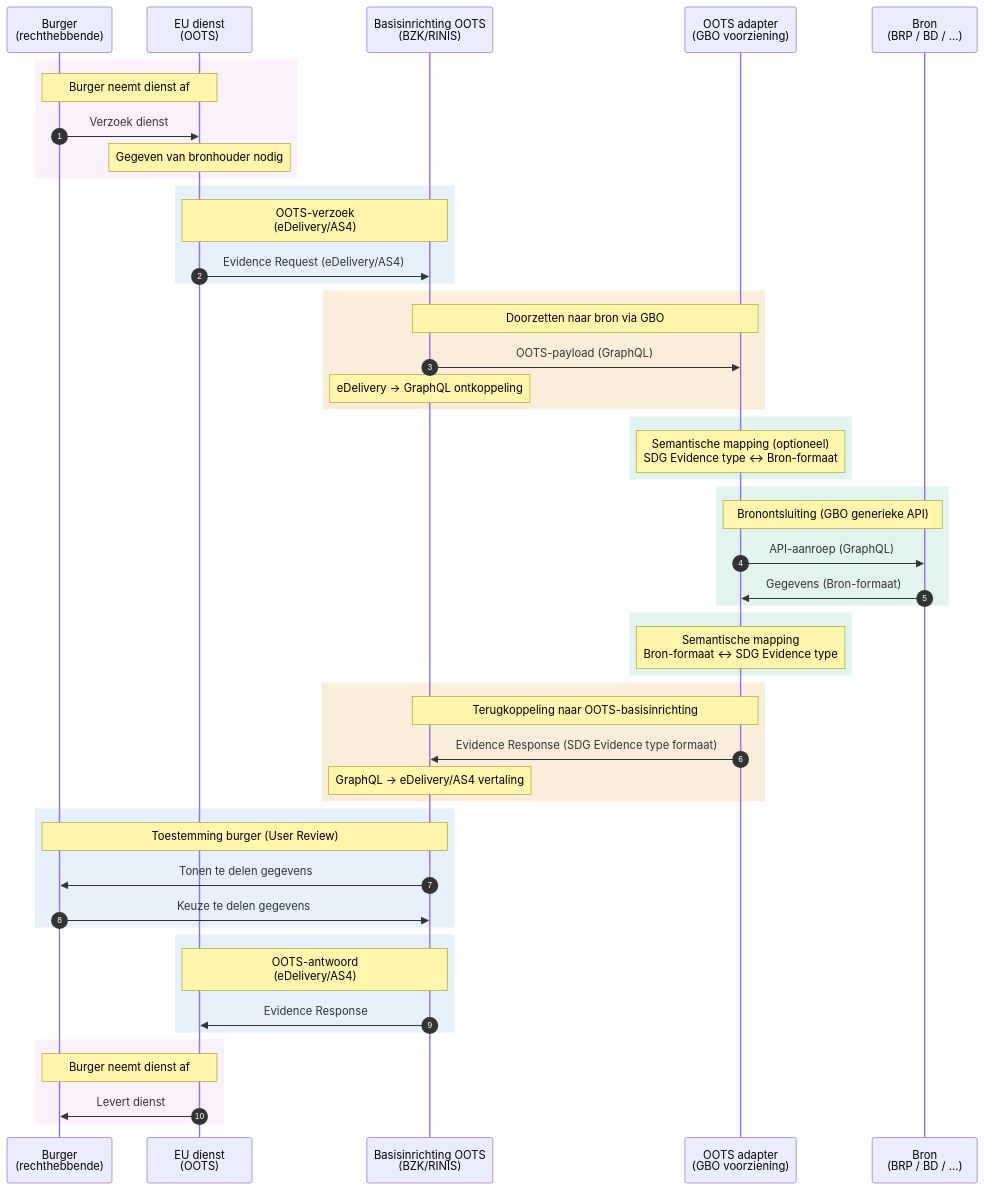
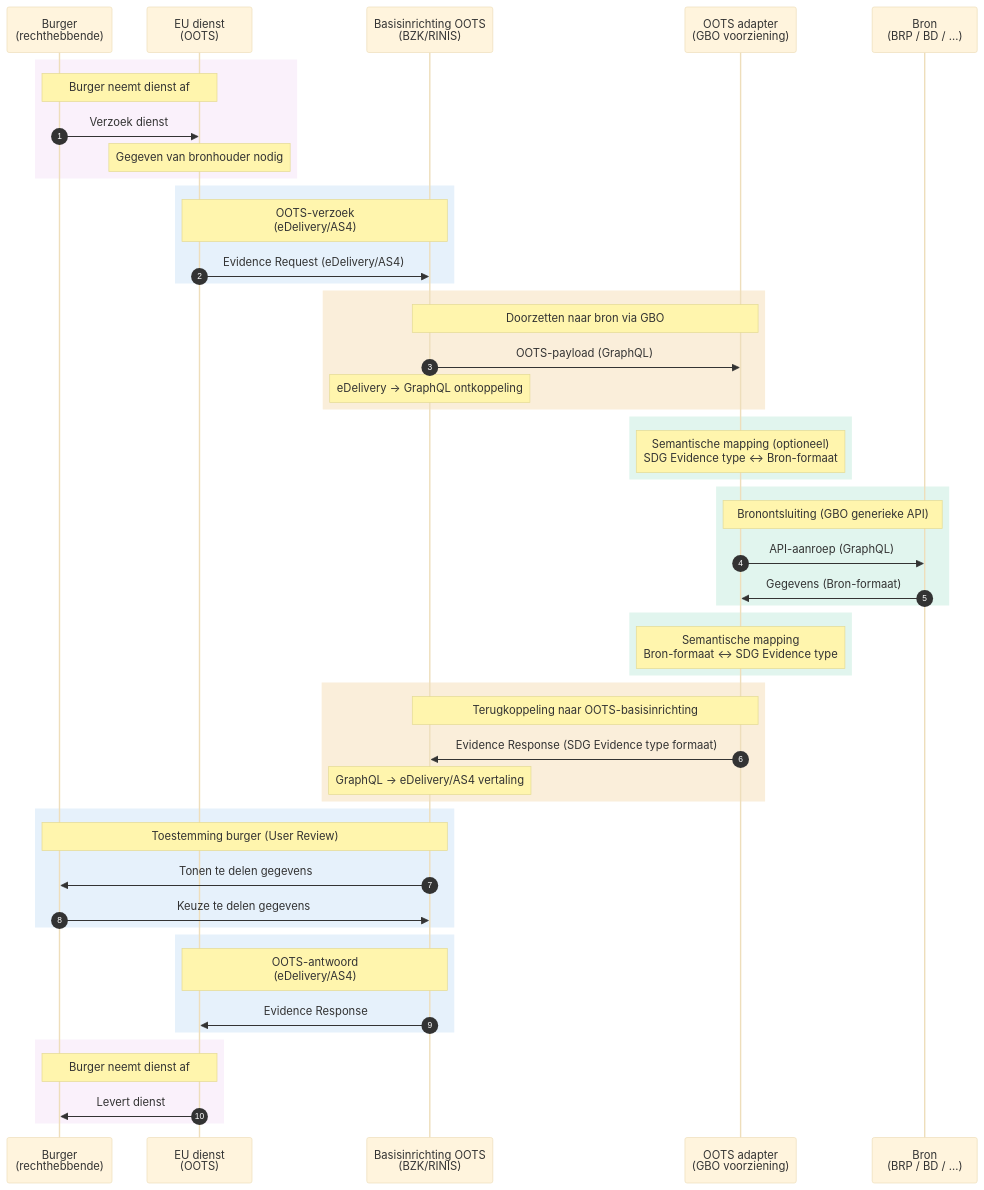
One commit to ICTU/GBO-GO changed the diagram in pr-preview/pr-54/diagrammen/interactiepatroon-OOTS-verzoek.mmd. Above: the diagram before and after it, drawn with Mermaid. The commit also changed 5 other files, not shown here.

```diff
--- a/pr-preview/pr-54/diagrammen/interactiepatroon-OOTS-verzoek.mmd
+++ b/pr-preview/pr-54/diagrammen/interactiepatroon-OOTS-verzoek.mmd
@@ -1,60 +1,71 @@
+%%{
+  init: {
+    'theme': 'base',
+    'themeVariables': {
+      'darkMode': false,
+      'background': '#FFFFFF',
+      'edgeLabelBackground': '#FFFFFF'
+    },
+    'themeCSS': 'svg, .mermaid, #mermaid-svg, .mermaid > svg { background-color: #FFFFFF !important; background: #FFFFFF !important; } @media (prefers-color-scheme: dark) { svg, .mermaid, #mermaid-svg, .mermaid > svg { background-color: #FFFFFF !important; background: #FFFFFF !important; } }'
+  }
+}%%
 sequenceDiagram
     autonumber
     participant BRG as Burger<br/>(rechthebbende)
     participant EU as EU dienst<br/>(OOTS)
     participant RINIS as Basisinrichting OOTS<br />(BZK/RINIS)
     participant GBO as OOTS adapter<br/>(GBO voorziening)
     participant BRH as Bron<br/>(BRP / BD / …)
 
     rect rgb(250, 241, 251)
         Note over BRG,EU: Burger neemt dienst af
         BRG->>EU: Verzoek dienst
         Note over EU: Gegeven van bronhouder nodig
     end
 
     rect rgb(230, 241, 251)
         Note over EU,RINIS: OOTS-verzoek<br />(eDelivery/AS4)
         EU->>RINIS: Evidence Request (eDelivery/AS4)
     end
 
     rect rgb(250, 238, 218)
         Note over RINIS,GBO: Doorzetten naar bron via GBO
         RINIS->>GBO: OOTS-payload (GraphQL)
         Note over RINIS: eDelivery → GraphQL ontkoppeling
     end
 
     rect rgb(225, 245, 238)
         Note over GBO: Semantische mapping (optioneel)<br/>SDG Evidence type ↔ Bron-formaat
     end
 
     rect rgb(225, 245, 238)
         Note over GBO,BRH: Bronontsluiting (GBO generieke API)
         GBO->>BRH: API-aanroep (GraphQL)
         BRH->>GBO: Gegevens (Bron-formaat)
     end
 
     rect rgb(225, 245, 238)
         Note over GBO: Semantische mapping<br/>Bron-formaat ↔ SDG Evidence type
     end
 
     rect rgb(250, 238, 218)
         Note over GBO,RINIS: Terugkoppeling naar OOTS-basisinrichting
         GBO->>RINIS: Evidence Response (SDG Evidence type formaat)
         Note over RINIS: GraphQL → eDelivery/AS4 vertaling
     end
 
     rect rgb(230, 241, 251)
         Note over RINIS,BRG: Toestemming burger (User Review)
         RINIS->>BRG: Tonen te delen gegevens
         BRG->>RINIS: Keuze te delen gegevens
     end
 
     rect rgb(230, 241, 251)
         Note over EU,RINIS: OOTS-antwoord<br />(eDelivery/AS4)
         RINIS->>EU: Evidence Response
     end
 
     rect rgb(250, 241, 251)
         Note over BRG,EU: Burger neemt dienst af
         EU->>BRG: Levert dienst
     end
```
